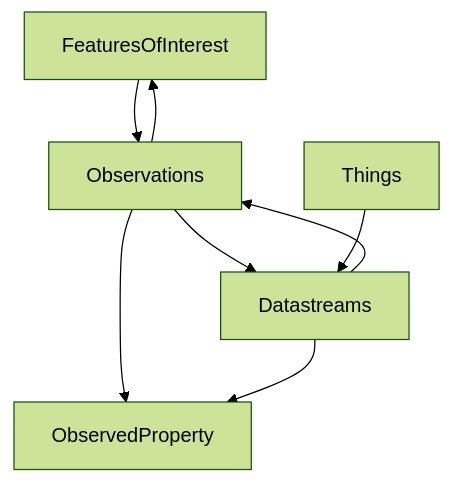
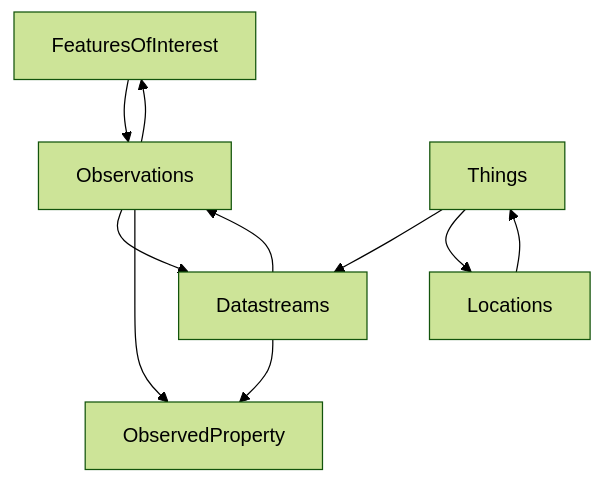
Before and after one commit to waldowred5/GeoSense: the diagram in README.md, drawn with Mermaid (forest theme). The commit also changed other lines of this file and 12 other files, not shown here.

````diff
--- a/README.md
+++ b/README.md
@@ -17,14 +28,16 @@
 ```mermaid
 flowchart TD
 %%  classDef react fill:#61DBFB,color:#000
 
     FeaturesOfInterest --> Observations
     Observations --> FeaturesOfInterest
     Observations --> Datastreams
     Observations --> ObservedProperty
     Datastreams --> Observations
     Datastreams --> ObservedProperty
     Things --> Datastreams
+    Things --> Locations
+    Locations --> Things
 
   class react react
 ```
````
